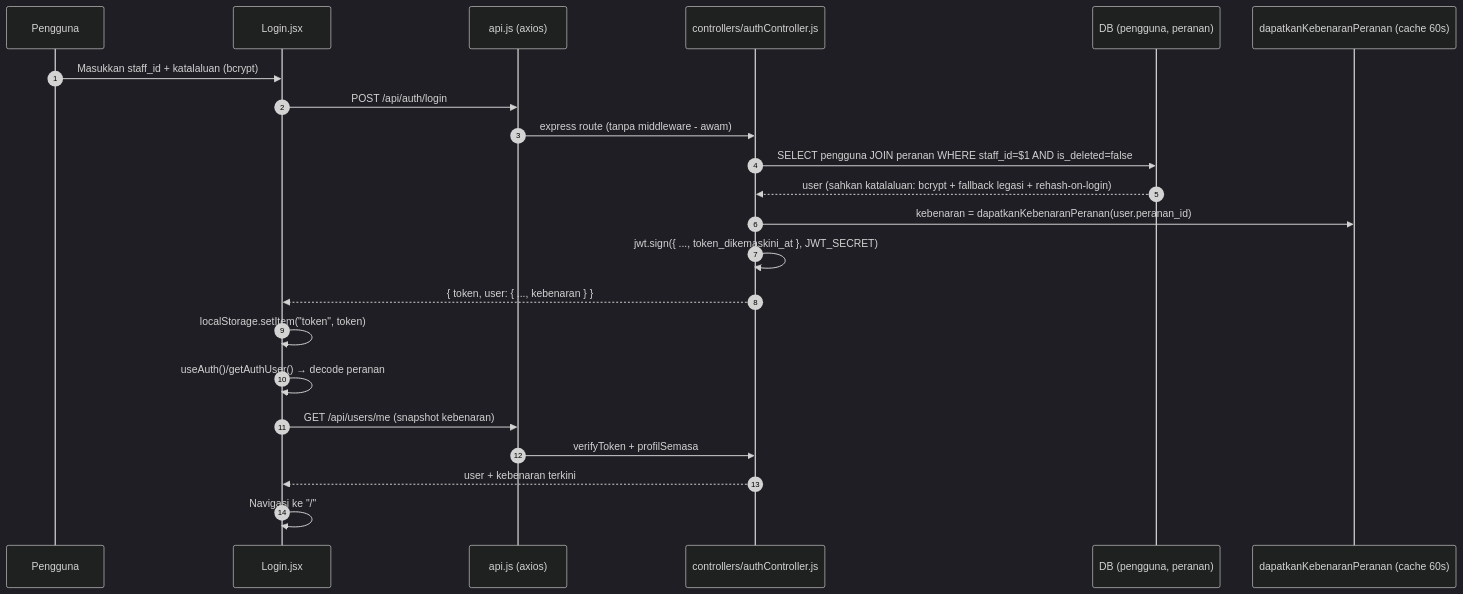
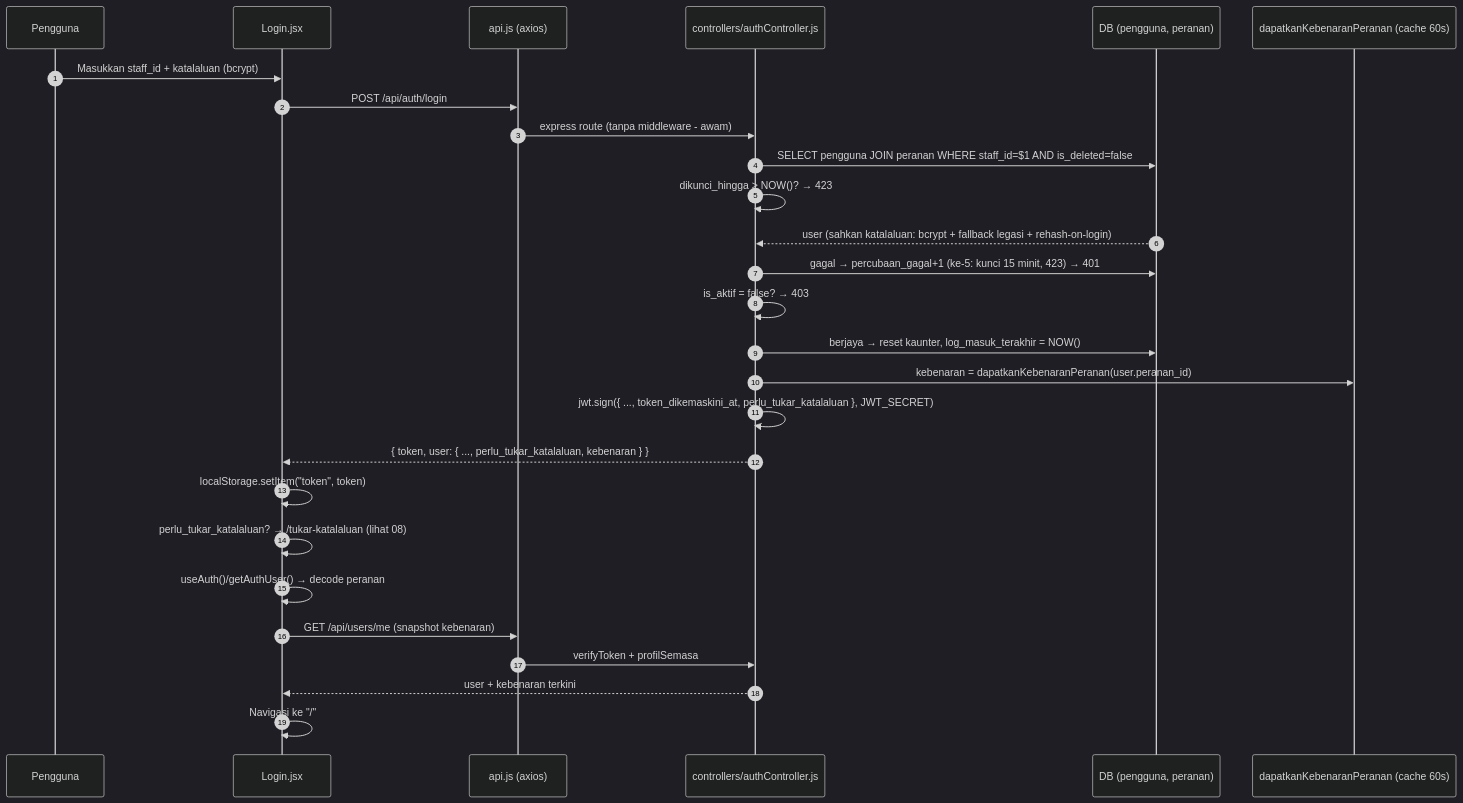
The first of 2 diagrams in docs/pipeline/01-auth-rbac.md (aimaniss/RiskManagementSystem), drawn with Mermaid (dark theme) before and after one commit. The commit also changed other lines of this file and 26 other files, not shown here.

````diff
--- a/docs/pipeline/01-auth-rbac.md
+++ b/docs/pipeline/01-auth-rbac.md
@@ -13,25 +13,30 @@
 ```mermaid
 sequenceDiagram
   autonumber
   participant U as Pengguna
   participant L as Login.jsx
   participant A as api.js (axios)
   participant C as controllers/authController.js
   participant D as DB (pengguna, peranan)
   participant K as dapatkanKebenaranPeranan (cache 60s)
 
   U->>L: Masukkan staff_id + katalaluan (bcrypt)
   L->>A: POST /api/auth/login
   A->>C: express route (tanpa middleware - awam)
   C->>D: SELECT pengguna JOIN peranan WHERE staff_id=$1 AND is_deleted=false
+  C->>C: dikunci_hingga > NOW()? → 423
   D-->>C: user (sahkan katalaluan: bcrypt + fallback legasi + rehash-on-login)
+  C->>D: gagal → percubaan_gagal+1 (ke-5: kunci 15 minit, 423) → 401
+  C->>C: is_aktif = false? → 403
+  C->>D: berjaya → reset kaunter, log_masuk_terakhir = NOW()
   C->>K: kebenaran = dapatkanKebenaranPeranan(user.peranan_id)
-  C->>C: jwt.sign({ ..., token_dikemaskini_at }, JWT_SECRET)
-  C-->>L: { token, user: { ..., kebenaran } }
+  C->>C: jwt.sign({ ..., token_dikemaskini_at, perlu_tukar_katalaluan }, JWT_SECRET)
+  C-->>L: { token, user: { ..., perlu_tukar_katalaluan, kebenaran } }
   L->>L: localStorage.setItem("token", token)
+  L->>L: perlu_tukar_katalaluan? → /tukar-katalaluan (lihat 08)
   L->>L: useAuth()/getAuthUser() → decode peranan
   L->>A: GET /api/users/me (snapshot kebenaran)
   A->>C: verifyToken + profilSemasa
   C-->>L: user + kebenaran terkini
   L->>L: Navigasi ke "/"
 ```
````
